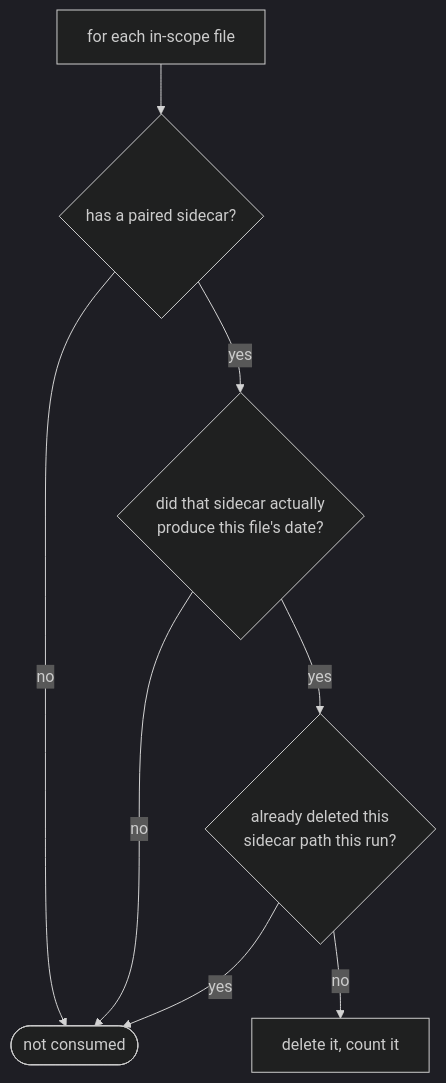
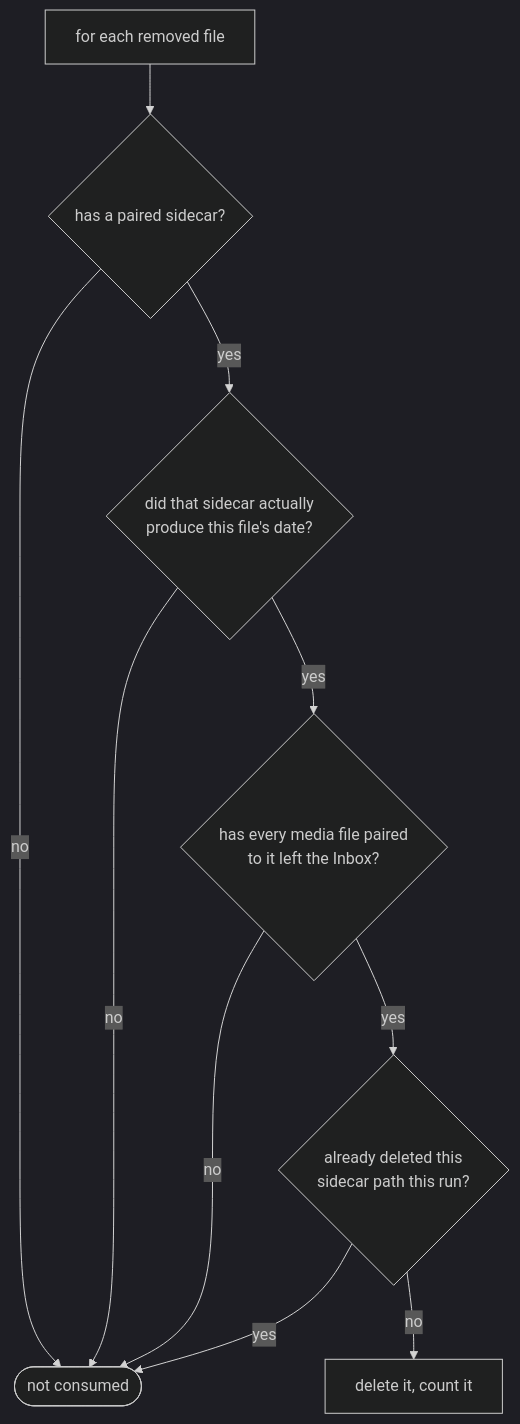
The second of 7 diagrams in app/docs/design/application/service/sort-engine.md (AdrianNachev91/sluice), drawn with Mermaid (dark theme) before and after one commit. The commit also changed other lines of this file and 13 other files, not shown here.

````diff
--- a/app/docs/design/application/service/sort-engine.md
+++ b/app/docs/design/application/service/sort-engine.md
@@ -32,10 +32,12 @@
 ```mermaid
 flowchart TD
-    A["for each in-scope file"] --> B{"has a paired sidecar?"}
+    A["for each removed file"] --> B{"has a paired sidecar?"}
     B -- no --> Z(["not consumed"])
     B -- yes --> C{"did that sidecar actually<br/>produce this file's date?"}
     C -- no --> Z
-    C -- yes --> D{"already deleted this<br/>sidecar path this run?"}
-    D -- yes --> Z
-    D -- no --> E["delete it, count it"]
+    C -- yes --> D{"has every media file paired<br/>to it left the Inbox?"}
+    D -- no --> Z
+    D -- yes --> E{"already deleted this<br/>sidecar path this run?"}
+    E -- yes --> Z
+    E -- no --> F["delete it, count it"]
 ```
````
